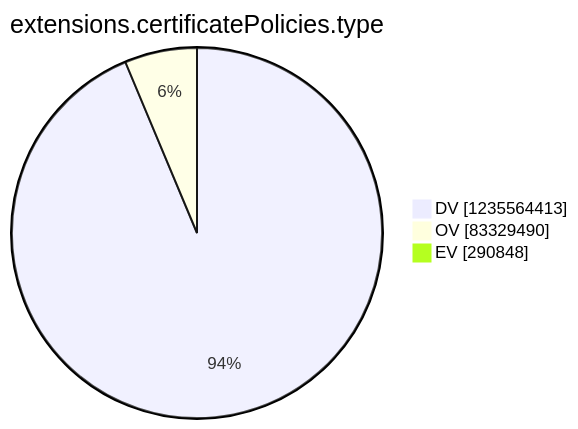
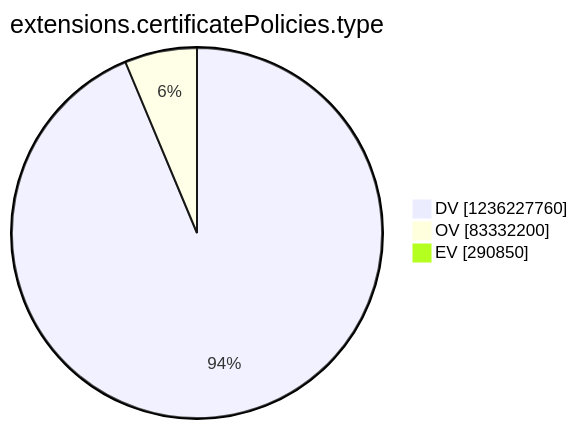
The tenth of 15 diagrams in argon2022/README.md (christiankrug/ctmonitor_visualization), drawn with Mermaid before and after one commit. The commit also changed other lines of this file, not shown here.

````diff
--- a/argon2022/README.md
+++ b/argon2022/README.md
@@ -2770,7 +2770,7 @@
 ```mermaid
 pie showData
 title extensions.certificatePolicies.type
-"DV" :1235564413
-"OV" :83329490
-"EV" :290848
+"DV" :1236227760
+"OV" :83332200
+"EV" :290850
 ```
````
